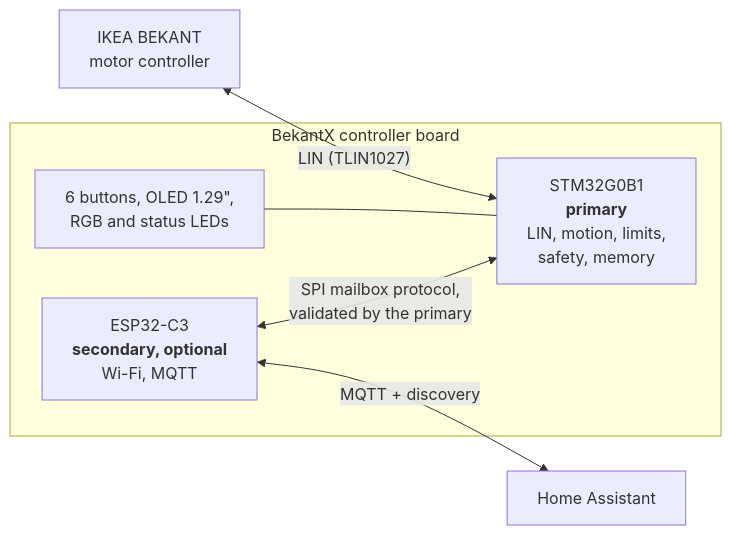
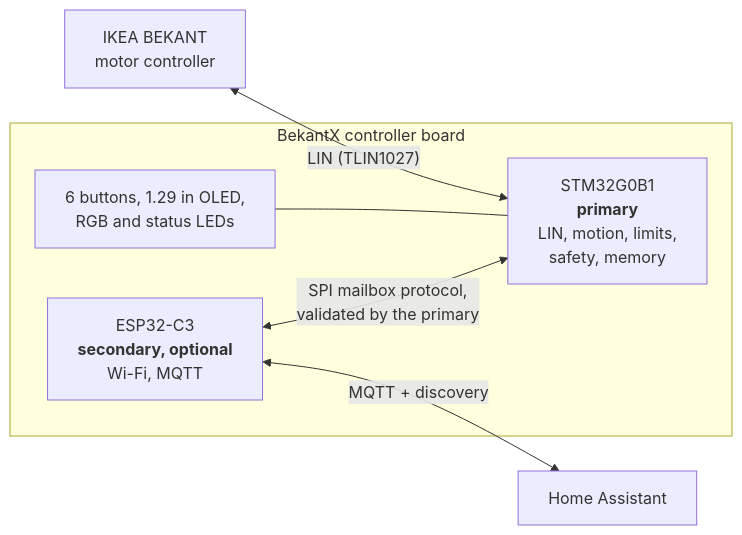
Before and after one commit to MootSeeker/BekantX: the diagram in README.md, drawn with Mermaid. The commit also changed other lines of this file and 2 other files, not shown here.

First line of the commit message:
docs: Fix the README diagram and show the whole board in the title image (#7)

````diff
--- a/README.md
+++ b/README.md
@@ -68,14 +70,14 @@
 ```mermaid
 flowchart LR
     desk["IKEA BEKANT<br/>motor controller"]
     subgraph board["BekantX controller board"]
         stm["STM32G0B1<br/><b>primary</b><br/>LIN, motion, limits,<br/>safety, memory"]
         esp["ESP32-C3<br/><b>secondary, optional</b><br/>Wi-Fi, MQTT"]
-        hmi["6 buttons, OLED 1.29&quot;,<br/>RGB and status LEDs"]
+        hmi["6 buttons, 1.29 in OLED,<br/>RGB and status LEDs"]
     end
     ha["Home Assistant"]
     desk <-- "LIN (TLIN1027)" --> stm
     hmi --- stm
     esp <-- "SPI mailbox protocol,<br/>validated by the primary" --> stm
     esp <-- "MQTT + discovery" --> ha
 ```
````
